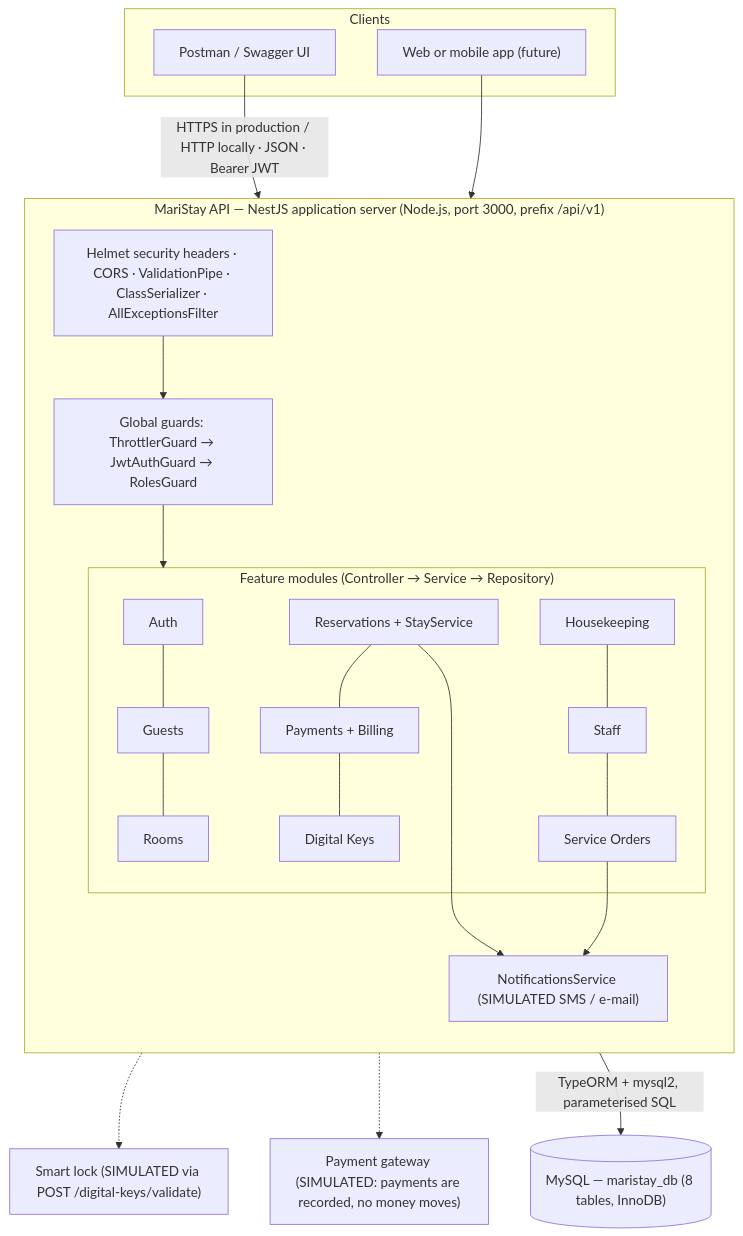
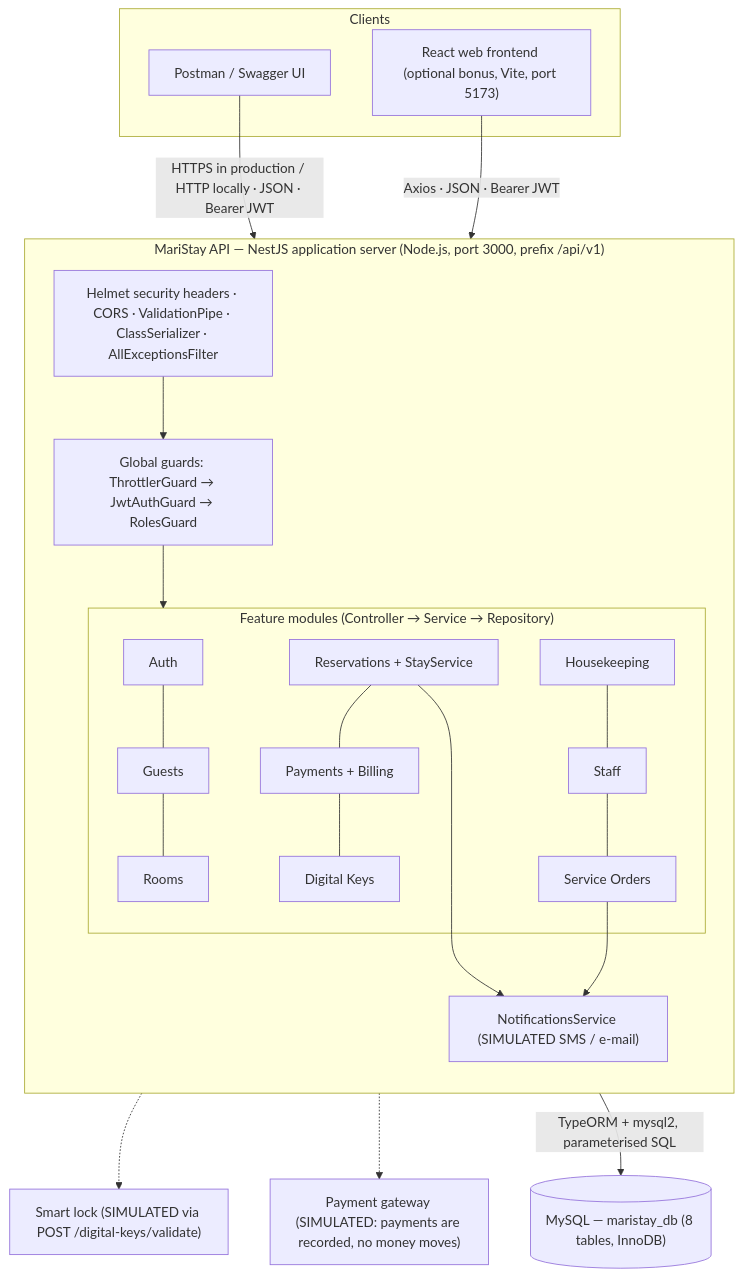
The first of 6 diagrams in docs/SYSTEM_ARCHITECTURE.md (reyesgeero001/Maristay), drawn with Mermaid before and after one commit. The commit also changed other lines of this file and 18 other files, not shown here.

````diff
--- a/docs/SYSTEM_ARCHITECTURE.md
+++ b/docs/SYSTEM_ARCHITECTURE.md
@@ -7,32 +7,32 @@
 ```mermaid
 flowchart TB
     subgraph Clients["Clients"]
         PM["Postman / Swagger UI"]
-        FE["Web or mobile app (future)"]
+        FE["React web frontend (optional bonus, Vite, port 5173)"]
     end
 
     subgraph API["MariStay API — NestJS application server (Node.js, port 3000, prefix /api/v1)"]
         direction TB
         MW["Helmet security headers · CORS · ValidationPipe · ClassSerializer · AllExceptionsFilter"]
         G["Global guards: ThrottlerGuard → JwtAuthGuard → RolesGuard"]
         subgraph Modules["Feature modules (Controller → Service → Repository)"]
             AUTH["Auth"] --- GUESTS["Guests"] --- ROOMS["Rooms"]
             RES["Reservations + StayService"] --- PAY["Payments + Billing"] --- KEYS["Digital Keys"]
             HK["Housekeeping"] --- STAFF["Staff"] --- SO["Service Orders"]
         end
         NOTIF["NotificationsService (SIMULATED SMS / e-mail)"]
     end
 
     DB[("MySQL — maristay_db (8 tables, InnoDB)")]
     LOCK["Smart lock (SIMULATED via POST /digital-keys/validate)"]
     PG["Payment gateway (SIMULATED: payments are recorded, no money moves)"]
 
     PM -->|HTTPS in production / HTTP locally · JSON · Bearer JWT| MW
-    FE --> MW
+    FE -->|Axios · JSON · Bearer JWT| MW
     MW --> G --> Modules
     Modules -->|TypeORM + mysql2, parameterised SQL| DB
     RES --> NOTIF
     SO --> NOTIF
     KEYS -.-> LOCK
     PAY -.-> PG
 ```
````
